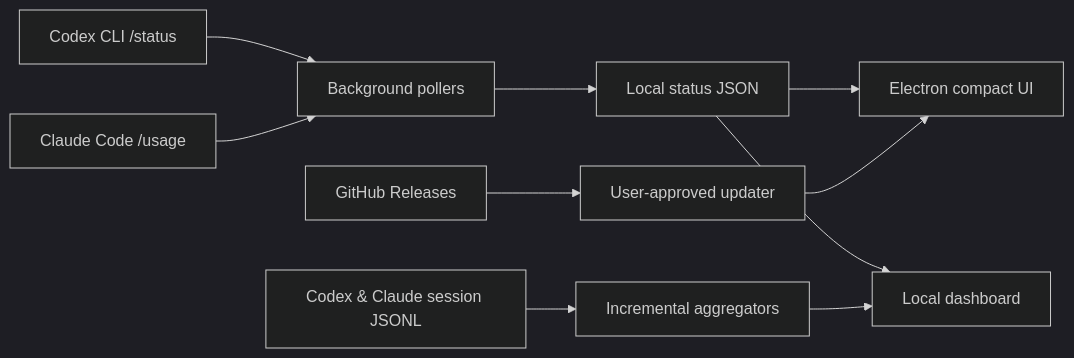
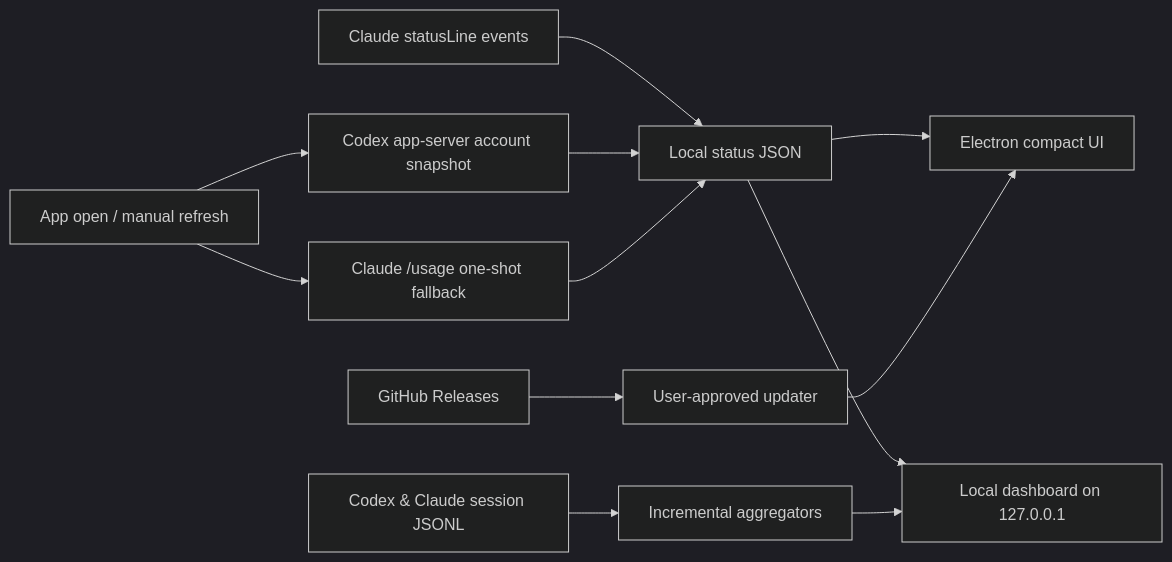
The diagram in README.md (Kyuhan1230/ai-usage-monitor), drawn with Mermaid (dark theme) before and after one commit. The commit also changed other lines of this file and 12 other files, not shown here.

````diff
--- a/README.md
+++ b/README.md
@@ -102,12 +103,14 @@
 ```mermaid
 flowchart LR
-    A["Codex CLI /status"] --> C["Background pollers"]
-    B["Claude Code /usage"] --> C
-    C --> D["Local status JSON"]
-    E["Codex & Claude session JSONL"] --> F["Incremental aggregators"]
-    D --> G["Electron compact UI"]
-    D --> H["Local dashboard"]
-    F --> H
-    I["GitHub Releases"] --> J["User-approved updater"]
-    J --> G
+    A["App open / manual refresh"] --> B["Codex app-server account snapshot"]
+    A --> C["Claude /usage one-shot fallback"]
+    D["Claude statusLine events"] --> E["Local status JSON"]
+    B --> E
+    C --> E
+    F["Codex & Claude session JSONL"] --> G["Incremental aggregators"]
+    E --> H["Electron compact UI"]
+    E --> I["Local dashboard on 127.0.0.1"]
+    G --> I
+    J["GitHub Releases"] --> K["User-approved updater"]
+    K --> H
 ```
````
